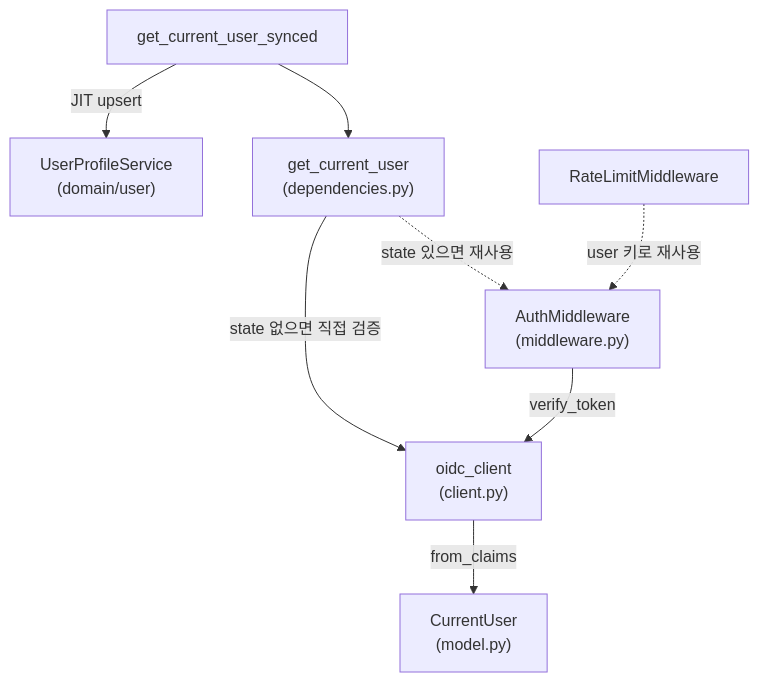
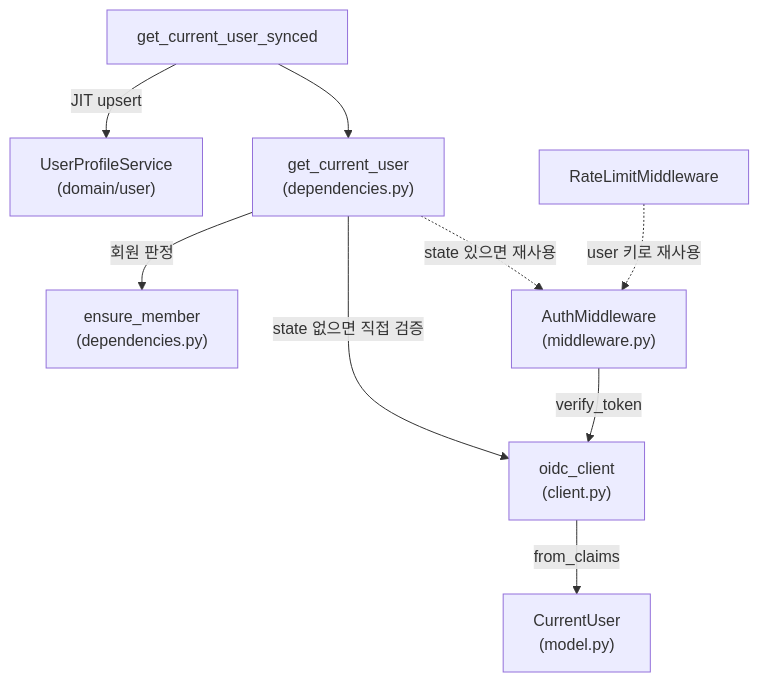
One commit to onprem-hipster-timer/backend changed the second of 2 diagrams in docs/guides/auth.ko.md. Above: the diagram before and after it, drawn with Mermaid. The commit also changed other lines of this file and 9 other files, not shown here.

````diff
--- a/docs/guides/auth.ko.md
+++ b/docs/guides/auth.ko.md
@@ -74,10 +75,11 @@
 ```mermaid
 graph TD
     MW["AuthMiddleware<br/>(middleware.py)"] -->|verify_token| OC["oidc_client<br/>(client.py)"]
     DEP["get_current_user<br/>(dependencies.py)"] -.->|state 있으면 재사용| MW
     DEP -->|state 없으면 직접 검증| OC
     SYNC["get_current_user_synced"] --> DEP
+    DEP -->|회원 판정| EM["ensure_member<br/>(dependencies.py)"]
     SYNC -->|JIT upsert| UPS["UserProfileService<br/>(domain/user)"]
     OC -->|from_claims| CU["CurrentUser<br/>(model.py)"]
     RL["RateLimitMiddleware"] -.->|user 키로 재사용| MW
 ```
````
